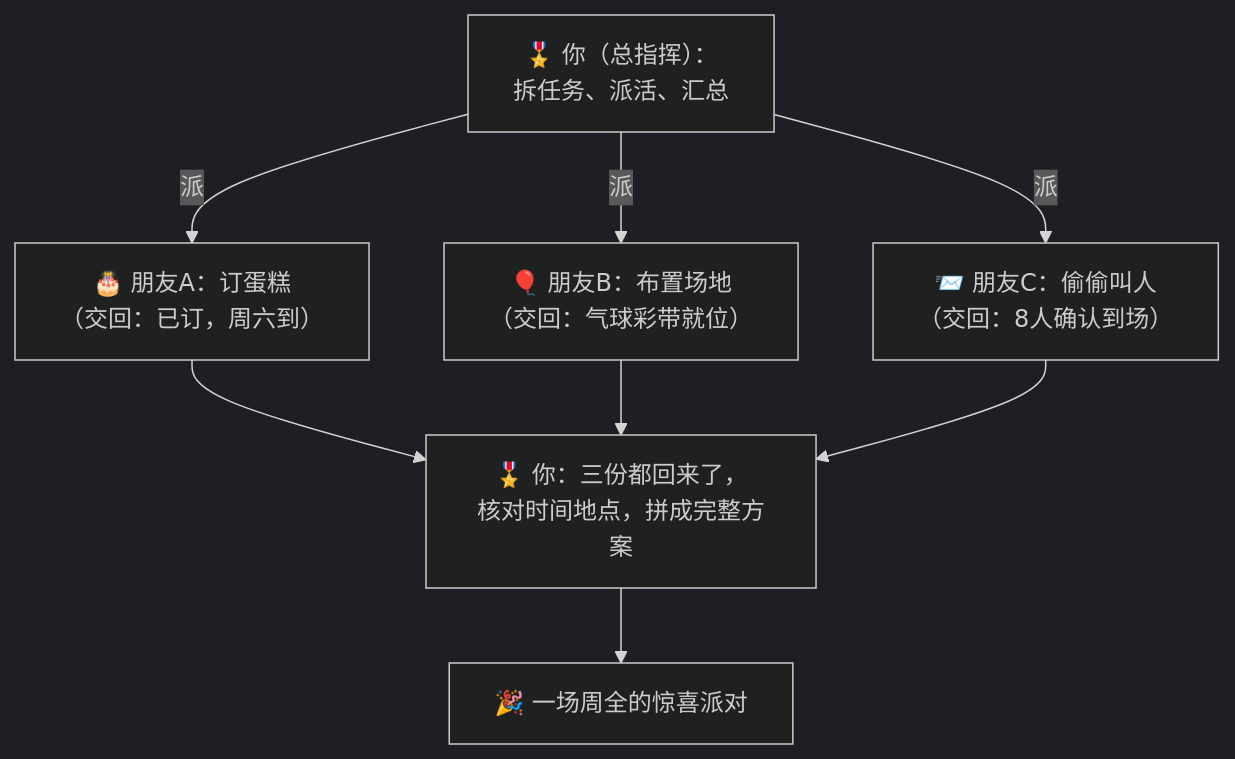
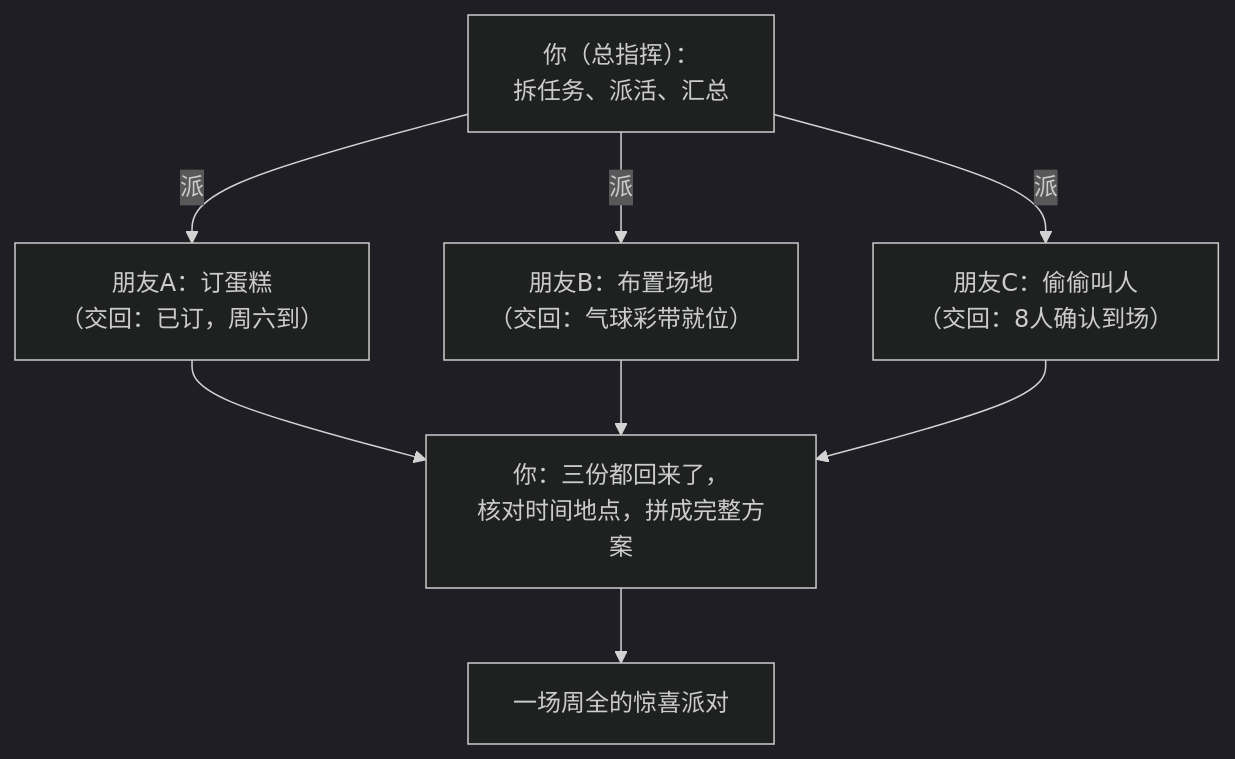
One commit to luckykhy/KhyAiHub changed the fifth of 6 diagrams in docs/02_CONCEPTS_概念入门/CONCEPT/[CONCEPT-20] 什么是智能体编排-Orchestration.md. Above: the diagram before and after it, drawn with Mermaid (dark theme). The commit also changed other lines of this file, not shown here.

````diff
--- a/docs/02_CONCEPTS_概念入门/CONCEPT/[CONCEPT-20] 什么是智能体编排-Orchestration.md
+++ b/docs/02_CONCEPTS_概念入门/CONCEPT/[CONCEPT-20] 什么是智能体编排-Orchestration.md
@@ -257,11 +257,11 @@
 ```mermaid
 flowchart TB
-  YOU["🎖️ 你（总指挥）：<br/>拆任务、派活、汇总"]
-  YOU -->|"派"| F1["🎂 朋友A：订蛋糕<br/>（交回：已订，周六到）"]
-  YOU -->|"派"| F2["🎈 朋友B：布置场地<br/>（交回：气球彩带就位）"]
-  YOU -->|"派"| F3["📨 朋友C：偷偷叫人<br/>（交回：8人确认到场）"]
-  F1 --> YOU2["🎖️ 你：三份都回来了，<br/>核对时间地点，拼成完整方案"]
+  YOU["你（总指挥）：<br/>拆任务、派活、汇总"]
+  YOU -->|"派"| F1["朋友A：订蛋糕<br/>（交回：已订，周六到）"]
+  YOU -->|"派"| F2["朋友B：布置场地<br/>（交回：气球彩带就位）"]
+  YOU -->|"派"| F3["朋友C：偷偷叫人<br/>（交回：8人确认到场）"]
+  F1 --> YOU2["你：三份都回来了，<br/>核对时间地点，拼成完整方案"]
   F2 --> YOU2
   F3 --> YOU2
-  YOU2 --> PARTY["🎉 一场周全的惊喜派对"]
+  YOU2 --> PARTY["一场周全的惊喜派对"]
 ```
````
